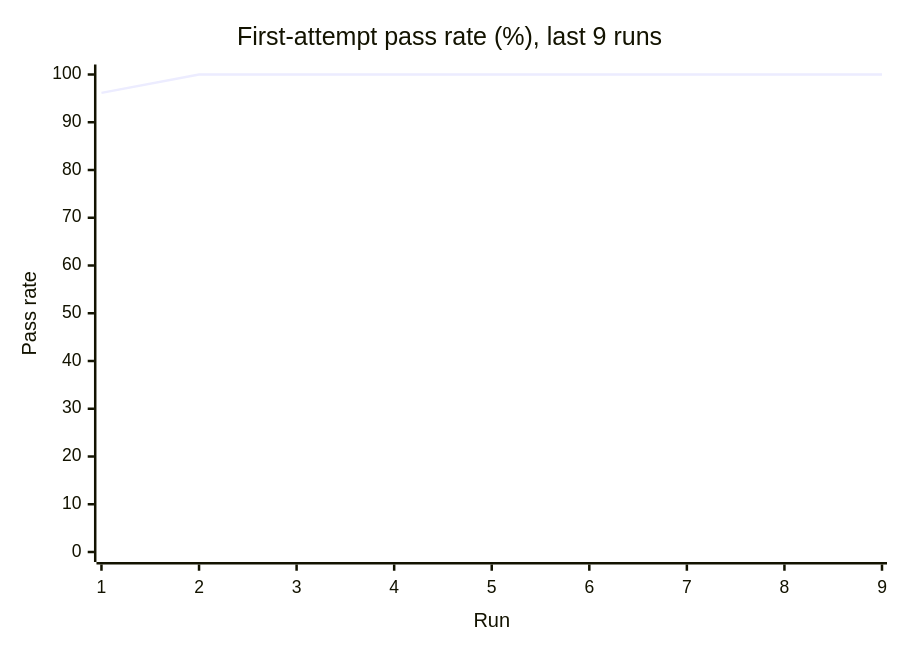
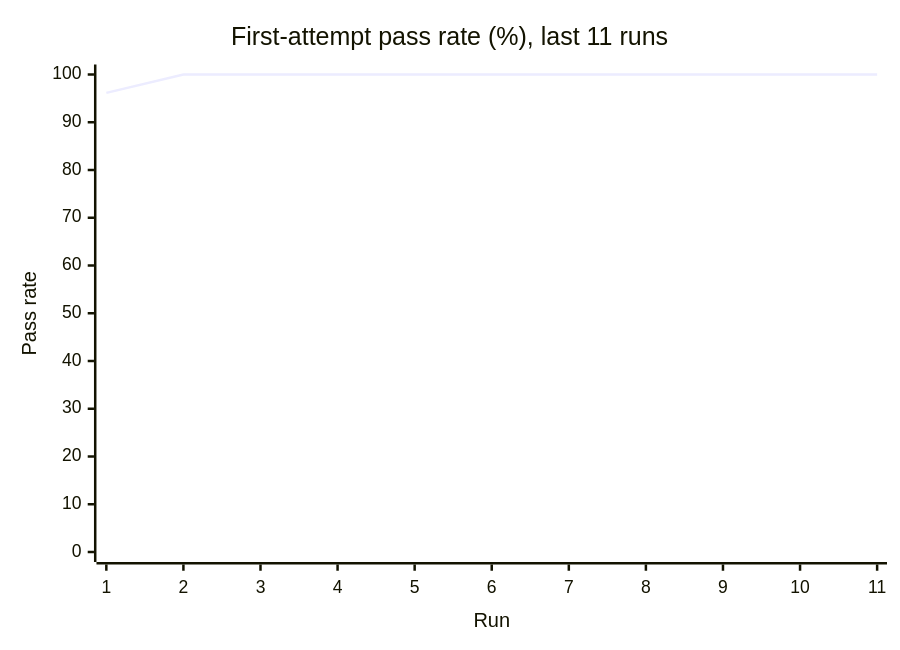
Before and after one commit to Shirojoufu/Flaky-Tests: the first of 3 diagrams in reports/summary.md, drawn with Mermaid. The commit also changed other lines of this file and 5 other files, not shown here.

````diff
--- a/reports/summary.md
+++ b/reports/summary.md
@@ -17,7 +17,7 @@
 ```mermaid
 xychart-beta
-    title "First-attempt pass rate (%), last 9 runs"
-    x-axis "Run" [1, 2, 3, 4, 5, 6, 7, 8, 9]
+    title "First-attempt pass rate (%), last 11 runs"
+    x-axis "Run" [1, 2, 3, 4, 5, 6, 7, 8, 9, 10, 11]
     y-axis "Pass rate" 0 --> 100
-    line [96.15, 100.0, 100.0, 100.0, 100.0, 100.0, 100.0, 100.0, 100.0]
+    line [96.15, 100.0, 100.0, 100.0, 100.0, 100.0, 100.0, 100.0, 100.0, 100.0, 100.0]
 ```
````
